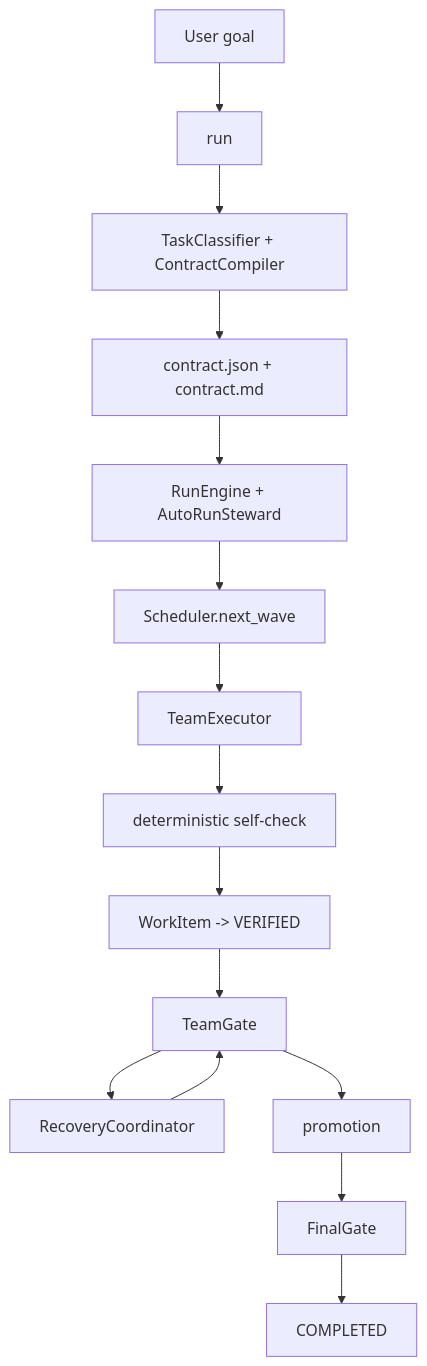
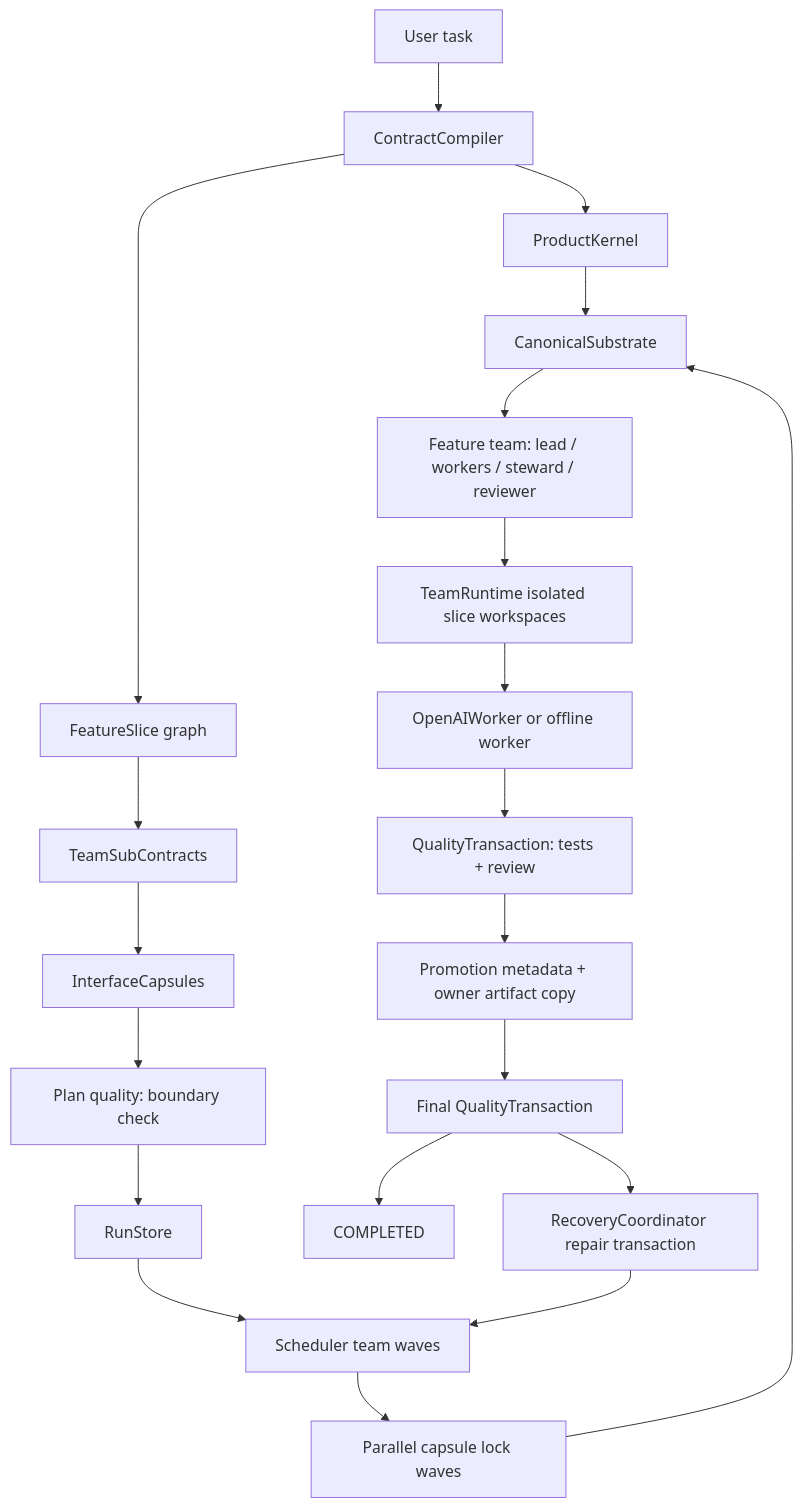
One commit to imliinyi/Contract-Coding changed the diagram in README.md. Above: the diagram before and after it, drawn with Mermaid. The commit also changed other lines of this file and 76 other files, not shown here.

````diff
--- a/README.md
+++ b/README.md
@@ -60,17 +24,23 @@
 ```mermaid
 flowchart TD
-    GOAL["User goal"] --> AUTO["run <task>"]
-    AUTO --> COMPILE["TaskClassifier + ContractCompiler"]
-    COMPILE --> CONTRACT["contract.json + contract.md"]
-    CONTRACT --> RUN["RunEngine + AutoRunSteward"]
-    RUN --> WAVE["Scheduler.next_wave"]
-    WAVE --> TEAM["TeamExecutor"]
-    TEAM --> SELF["deterministic self-check"]
-    SELF --> VERIFIED["WorkItem -> VERIFIED"]
-    VERIFIED --> TG["TeamGate"]
-    TG --> RECOVERY["RecoveryCoordinator"]
-    RECOVERY --> TG
-    TG --> PROMOTE["promotion"]
-    PROMOTE --> FG["FinalGate"]
-    FG --> COMPLETE["COMPLETED"]
+    TASK["User task"] --> COMPILE["ContractCompiler"]
+    COMPILE --> KERNEL["ProductKernel"]
+    KERNEL --> SUB["CanonicalSubstrate"]
+    COMPILE --> SLICES["FeatureSlice graph"]
+    SLICES --> SUBCON["TeamSubContracts"]
+    SUBCON --> CAPS["InterfaceCapsules"]
+    CAPS --> PQ["Plan quality: boundary check"]
+    PQ --> STORE["RunStore"]
+    STORE --> SCH["Scheduler team waves"]
+    SCH --> LOCK["Parallel capsule lock waves"]
+    LOCK --> SUB
+    SUB --> TEAM["Feature team: lead / workers / steward / reviewer"]
+    TEAM --> ISO["TeamRuntime isolated slice workspaces"]
+    ISO --> WORKER["OpenAIWorker or offline worker"]
+    WORKER --> QT["QualityTransaction: tests + review"]
+    QT --> PROMOTE["Promotion metadata + owner artifact copy"]
+    PROMOTE --> FINAL["Final QualityTransaction"]
+    FINAL --> DONE["COMPLETED"]
+    FINAL --> REPAIR["RecoveryCoordinator repair transaction"]
+    REPAIR --> SCH
 ```
````
